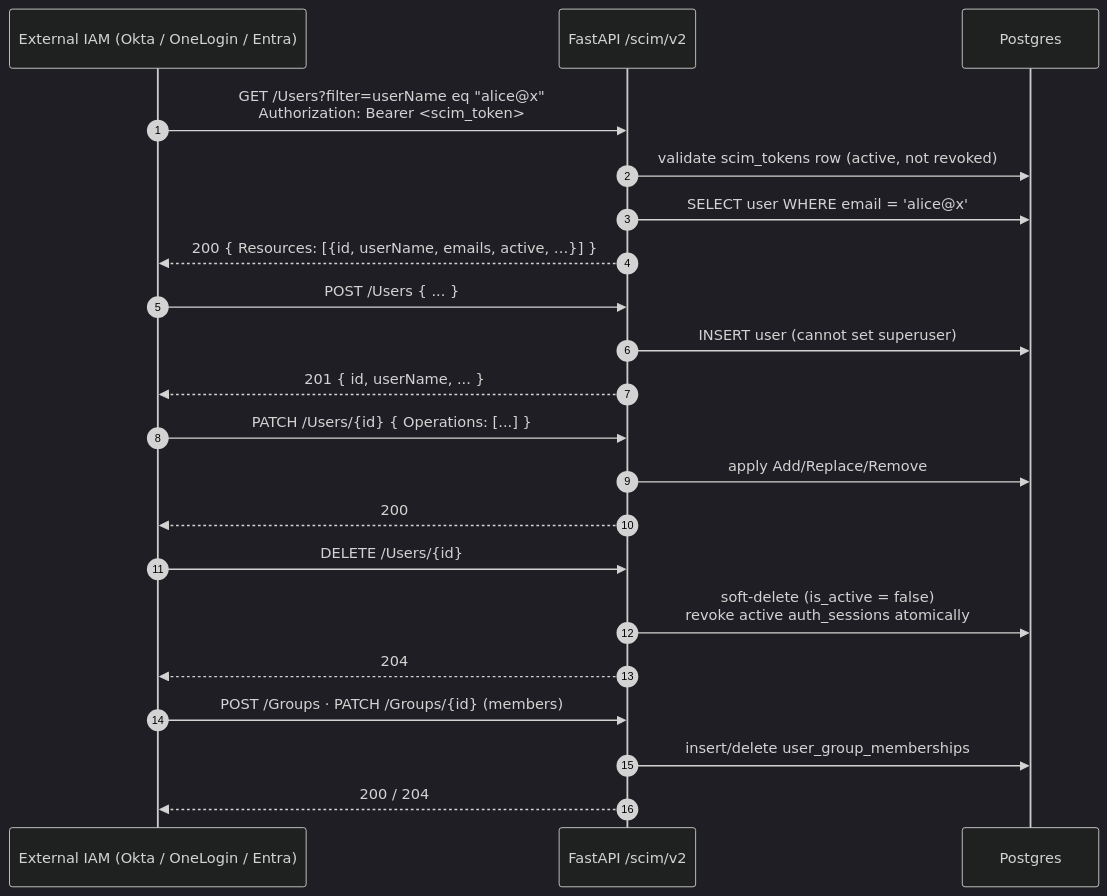
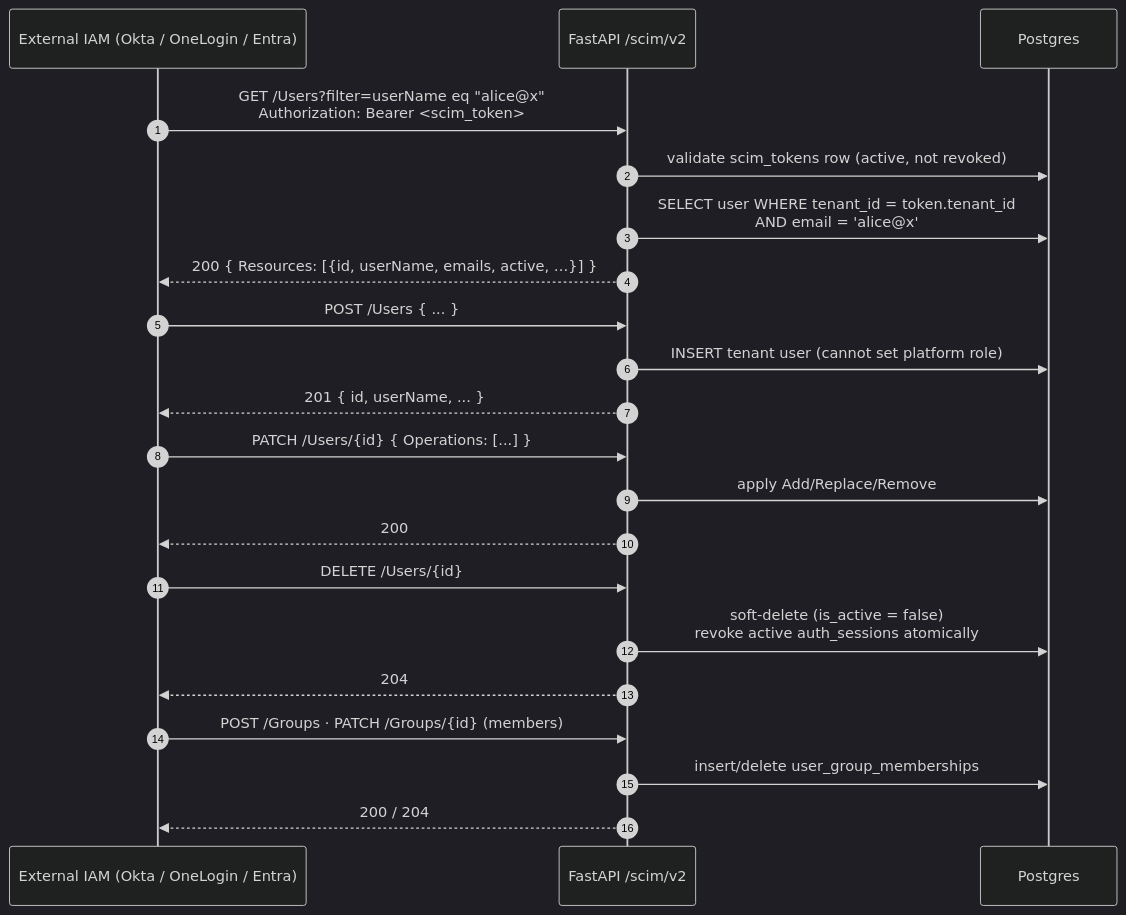
Before and after one commit to nerdy-krishna/ai-secure-coding-compliance-platform: the fifth of 5 diagrams in docs/docs/architecture/diagrams/08-auth-tenancy-sso.md, drawn with Mermaid (dark theme). The commit also changed other lines of this file and 3 other files, not shown here.

````diff
--- a/docs/docs/architecture/diagrams/08-auth-tenancy-sso.md
+++ b/docs/docs/architecture/diagrams/08-auth-tenancy-sso.md
@@ -165,28 +173,28 @@
 ```mermaid
 sequenceDiagram
     autonumber
     participant IDM as External IAM (Okta / OneLogin / Entra)
     participant API as FastAPI /scim/v2
     participant DB as Postgres
 
     IDM->>API: GET /Users?filter=userName eq "alice@x"<br/>Authorization: Bearer <scim_token>
     API->>DB: validate scim_tokens row (active, not revoked)
-    API->>DB: SELECT user WHERE email = 'alice@x'
+    API->>DB: SELECT user WHERE tenant_id = token.tenant_id<br/>AND email = 'alice@x'
     API-->>IDM: 200 { Resources: [{id, userName, emails, active, …}] }
 
     IDM->>API: POST /Users { ... }
-    API->>DB: INSERT user (cannot set superuser)
+    API->>DB: INSERT tenant user (cannot set platform role)
     API-->>IDM: 201 { id, userName, ... }
 
     IDM->>API: PATCH /Users/{id} { Operations: [...] }
     API->>DB: apply Add/Replace/Remove
     API-->>IDM: 200
 
     IDM->>API: DELETE /Users/{id}
     API->>DB: soft-delete (is_active = false)<br/>revoke active auth_sessions atomically
     API-->>IDM: 204
 
     IDM->>API: POST /Groups · PATCH /Groups/{id} (members)
     API->>DB: insert/delete user_group_memberships
     API-->>IDM: 200 / 204
 ```
````
